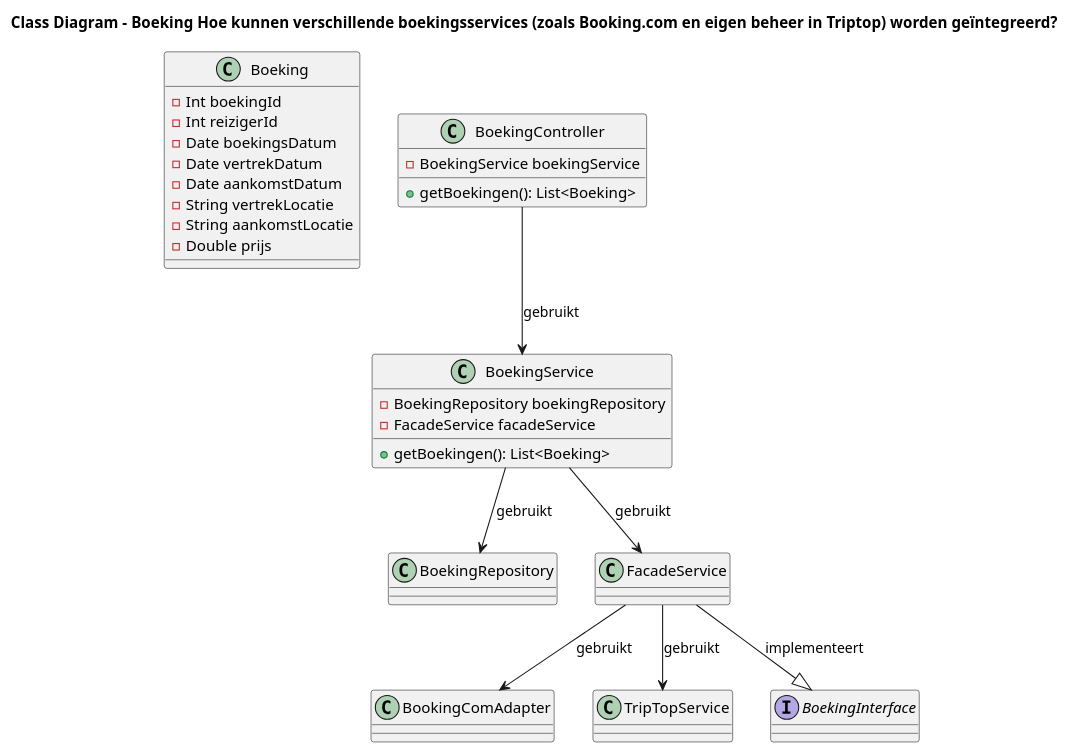
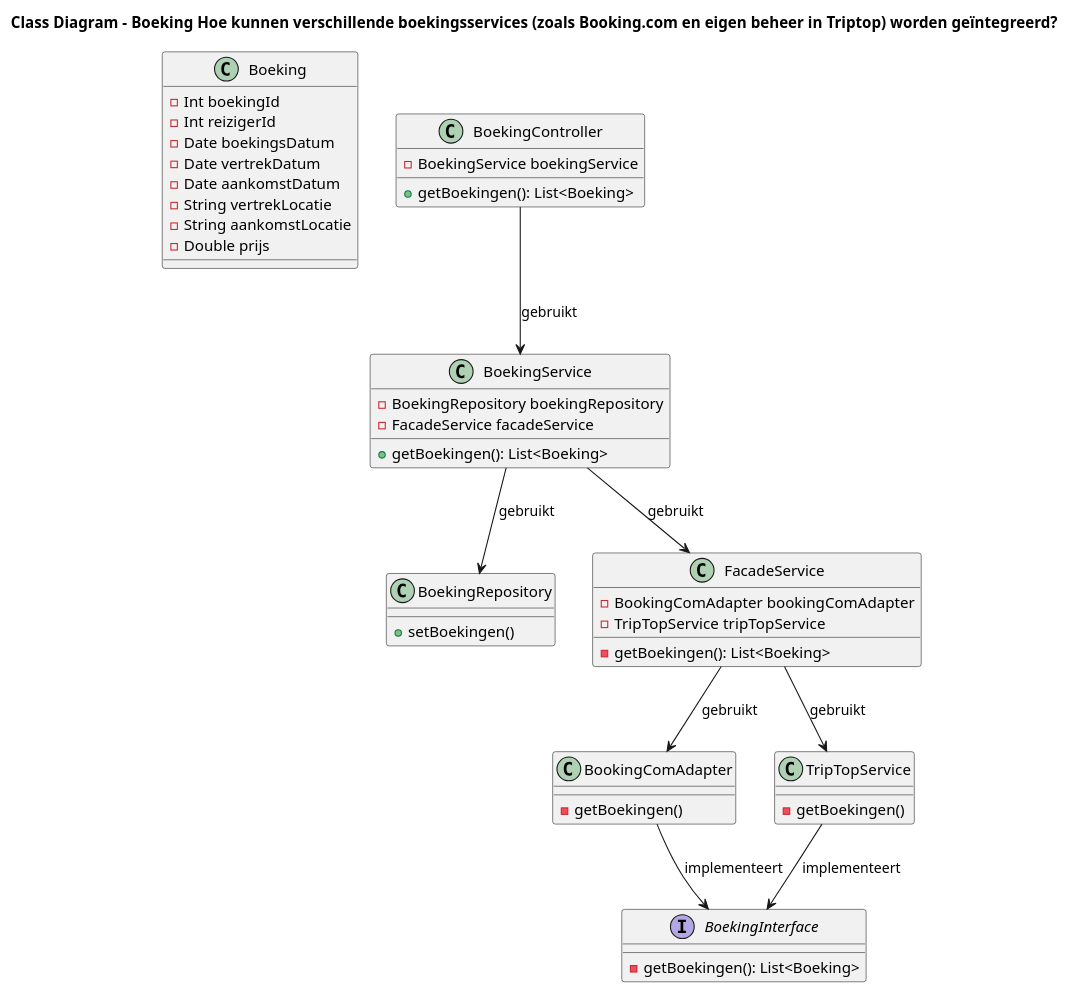
The diagram in class-diagram-sybren/class-diagram.puml (AIM-ENE-feb25/triptop-asas), drawn with PlantUML before and after one commit.

Commit message:
Updated class diagram

```diff
--- a/class-diagram-sybren/class-diagram.puml
+++ b/class-diagram-sybren/class-diagram.puml
@@ -1,52 +1,58 @@
 @startuml
 title Class Diagram – Boeking Hoe kunnen verschillende boekingsservices (zoals Booking.com en eigen beheer in Triptop) worden geïntegreerd?
 
 class Boeking {
     -Int boekingId
-    - Int reizigerId
+    -Int reizigerId
     -Date boekingsDatum
     -Date vertrekDatum
     -Date aankomstDatum
     -String vertrekLocatie
     -String aankomstLocatie
     -Double prijs
 }
 class BoekingController {
     - BoekingService boekingService
     + getBoekingen(): List<Boeking>
 }
 
 class BoekingService {
     - BoekingRepository boekingRepository
     + getBoekingen(): List<Boeking>
     - FacadeService facadeService
 
 }
 
-class BoekingRepository {}
+class BoekingRepository {
+    + setBoekingen()
+}
+
 
 class FacadeService {
-
+    - BookingComAdapter bookingComAdapter
+    - TripTopService tripTopService
+     - getBoekingen(): List<Boeking>
 }
 
 class BookingComAdapter {
-
+    - getBoekingen()
 }
 
 class TripTopService {
-
+    - getBoekingen()
 }
 
-interface BoekingInterface {}
-
+interface BoekingInterface {
+    - getBoekingen(): List<Boeking>
+}
 
 BoekingController --> BoekingService: "gebruikt"
 BoekingService --> FacadeService: "gebruikt"
 BoekingService --> BoekingRepository: "gebruikt"
-FacadeService --|> BoekingInterface : "implementeert"
+BookingComAdapter --> BoekingInterface: "implementeert"
+TripTopService --> BoekingInterface: "implementeert"
 FacadeService  --> BookingComAdapter : "gebruikt"
 FacadeService --> TripTopService : "gebruikt"
 
 
-
 @enduml
```
